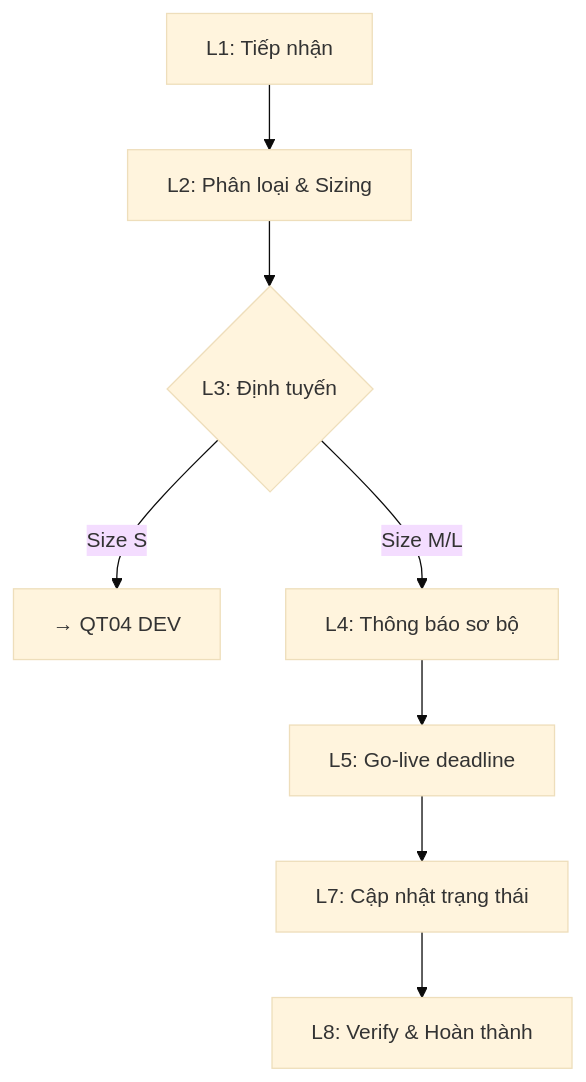
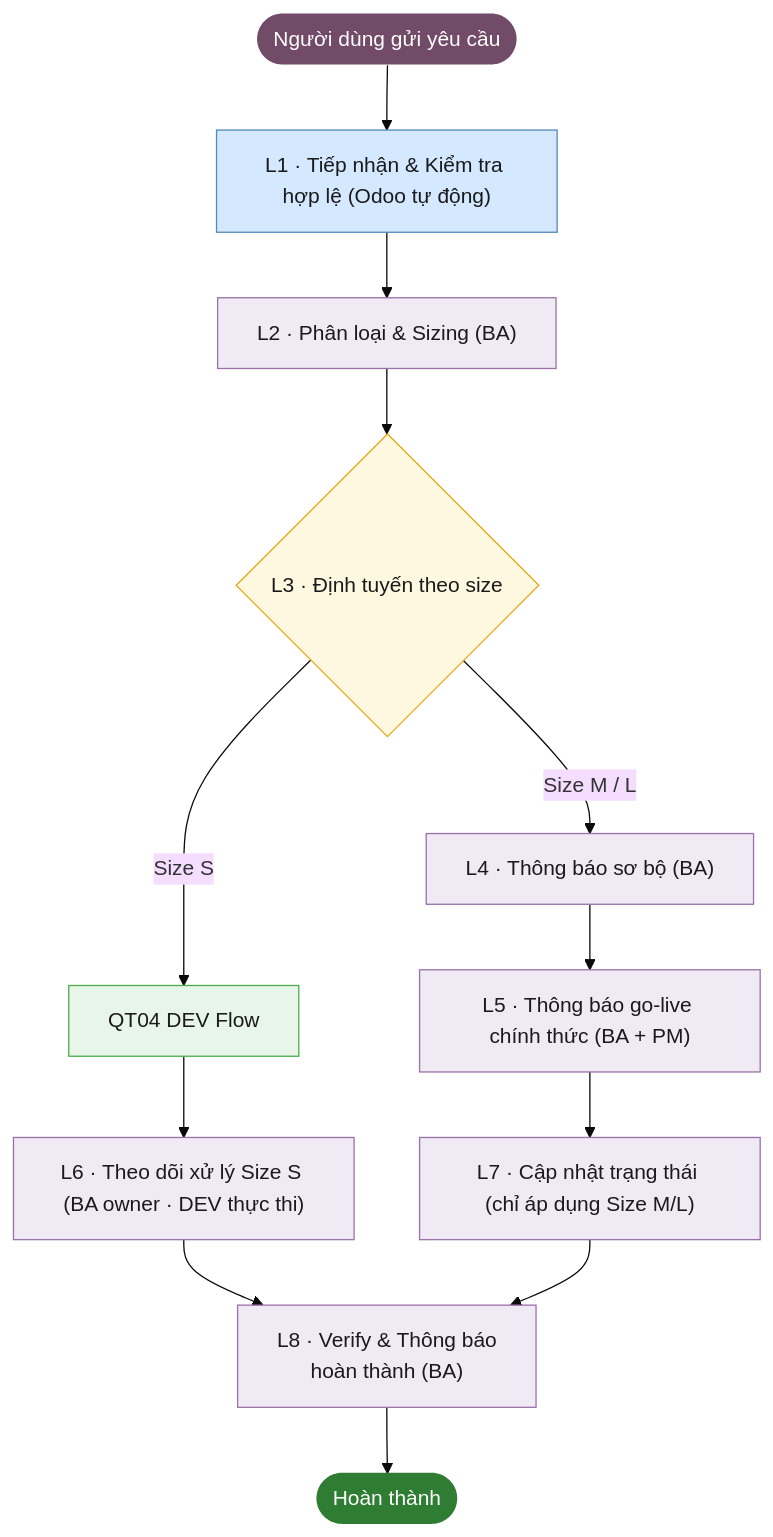
One commit to Sonnb1999/web-doc changed the diagram in root/process/process_02/index.rst. Above: the diagram before and after it, drawn with Mermaid (base theme). The commit also changed other lines of this file and 4 other files, not shown here.

```diff
--- a/root/process/process_02/index.rst
+++ b/root/process/process_02/index.rst
@@ -6,10 +30,36 @@
 .. mermaid::
 
    flowchart TD
-     L1[L1: Tiếp nhận] --> L2[L2: Phân loại & Sizing]
-     L2 --> L3{L3: Định tuyến}
-     L3 -->|Size S| QT04[→ QT04 DEV]
-     L3 -->|Size M/L| L4[L4: Thông báo sơ bộ]
-     L4 --> L5[L5: Go-live deadline]
-     L5 --> L7[L7: Cập nhật trạng thái]
-     L7 --> L8[L8: Verify & Hoàn thành]
+
+       START([Người dùng gửi yêu cầu]):::start --> L1
+
+       L1["L1 · Tiếp nhận & Kiểm tra hợp lệ (Odoo tự động)"]:::auto --> L2
+
+       L2["L2 · Phân loại & Sizing (BA)"]:::ba --> L3
+
+       L3{"L3 · Định tuyến theo size"}:::branch
+
+       L3 -->|"Size S"| QT04["QT04 DEV Flow"]:::external
+       L3 -->|"Size M / L"| L4
+
+       QT04 --> L6
+
+       L4["L4 · Thông báo sơ bộ (BA)"]:::ba --> L5
+
+       L5["L5 · Thông báo go-live chính thức (BA + PM)"]:::ba --> L7
+
+       L6["L6 · Theo dõi xử lý Size S (BA owner · DEV thực thi)"]:::ba
+
+       L7["L7 · Cập nhật trạng thái (chỉ áp dụng Size M/L)"]:::ba
+
+       L6 --> L8
+       L7 --> L8
+
+       L8["L8 · Verify & Thông báo\nhoàn thành (BA)"]:::ba --> DONE([Hoàn thành]):::done
+
+       classDef start fill:#714B67,color:#fff,stroke:none
+       classDef done fill:#2e7d32,color:#fff,stroke:none
+       classDef auto fill:#d4e8ff,stroke:#5588bb,color:#1a1a1a
+       classDef ba fill:#f0eaf5,stroke:#9b72a8,color:#1a1a1a
+       classDef branch fill:#fff8e1,stroke:#e6a817,color:#1a1a1a
+       classDef external fill:#e8f5e9,stroke:#4caf50,color:#1a1a1a
```
